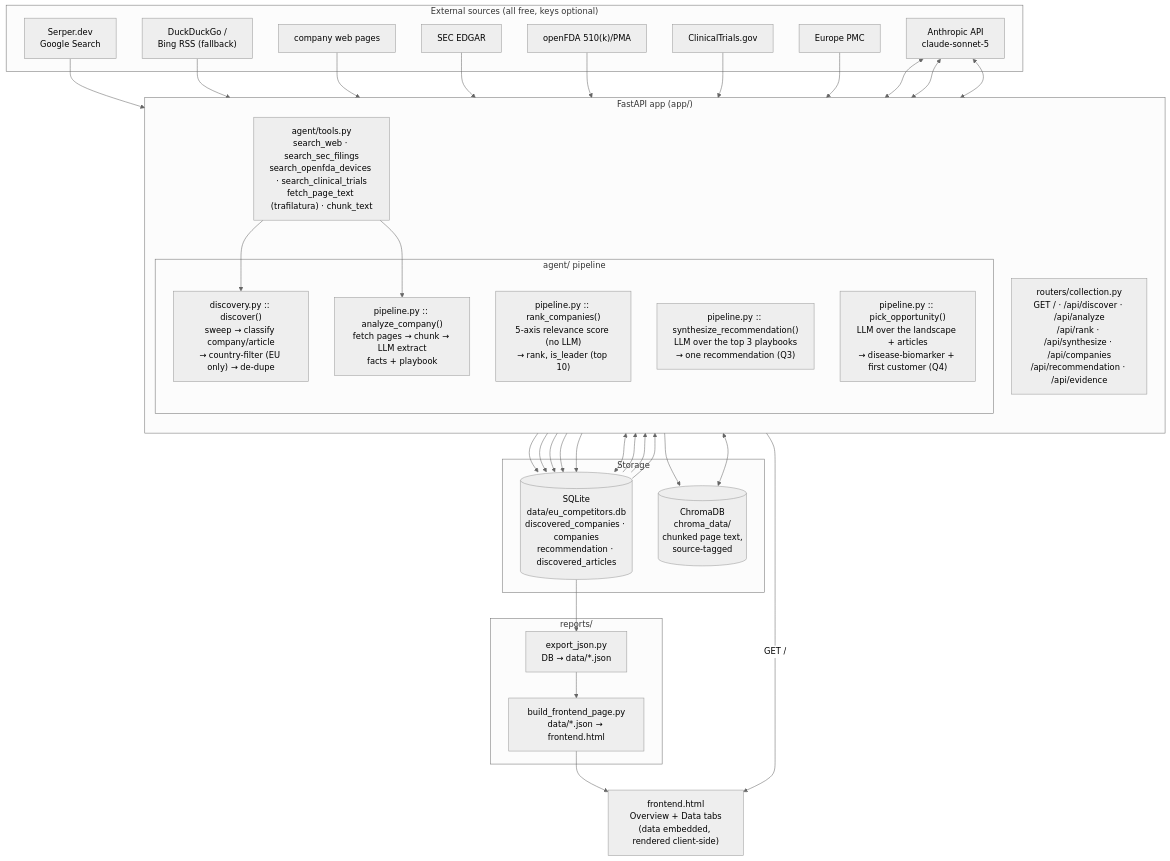
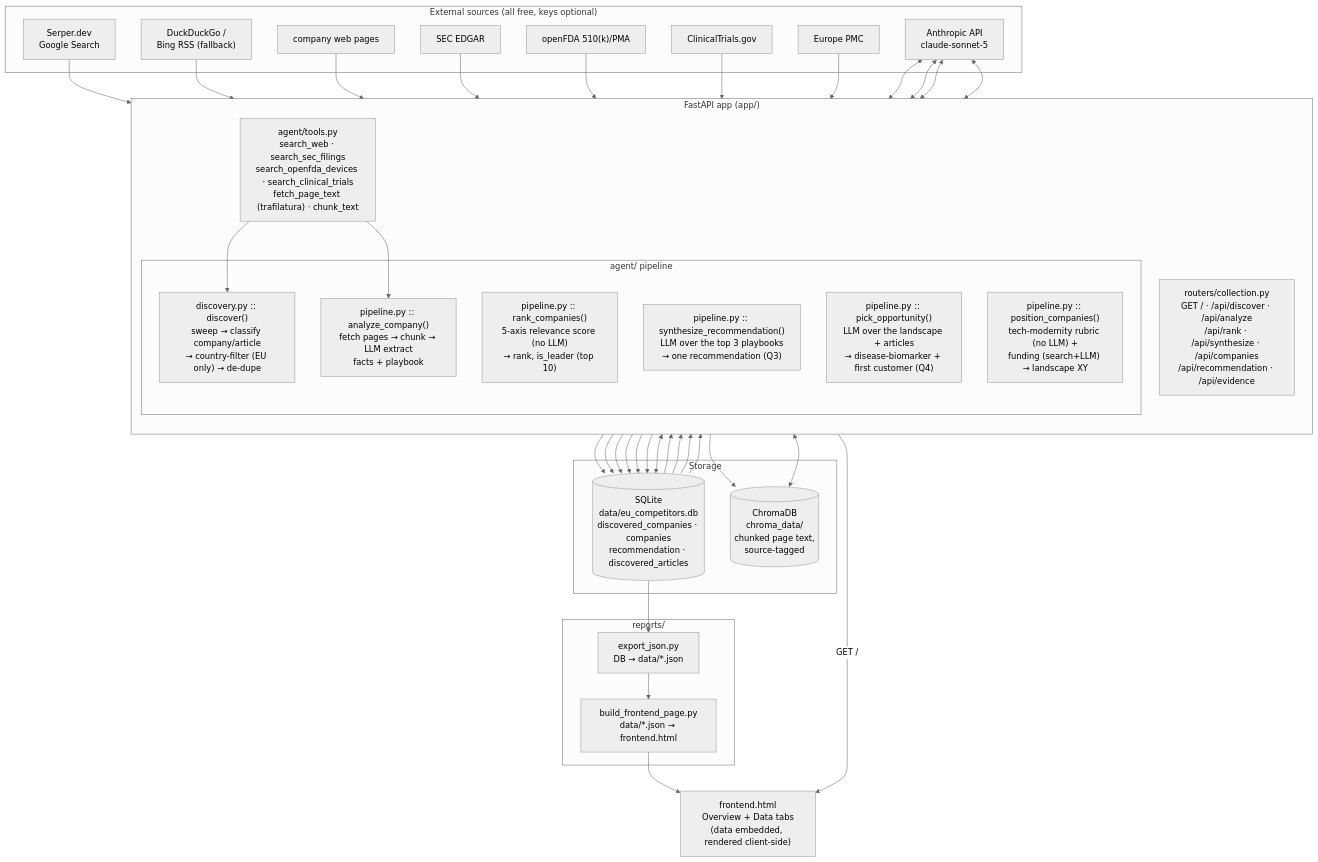
Before and after one commit to giabaow/Proteins: the diagram in README.md, drawn with Mermaid (neutral theme). The commit also changed other lines of this file and 9 other files, not shown here.

````diff
--- a/README.md
+++ b/README.md
@@ -25,58 +25,61 @@
 ```mermaid
 flowchart TB
     subgraph EXT["External sources (all free, keys optional)"]
         SERP["Serper.dev<br/>Google Search"]
         DDG["DuckDuckGo /<br/>Bing RSS (fallback)"]
         SEC["SEC EDGAR"]
         FDA["openFDA 510(k)/PMA"]
         CT["ClinicalTrials.gov"]
         PMC["Europe PMC"]
         WEB["company web pages"]
         LLM["Anthropic API<br/>claude-sonnet-5"]
     end
 
     subgraph APP["FastAPI app (app/)"]
         direction TB
         TOOLS["agent/tools.py<br/>search_web · search_sec_filings<br/>search_openfda_devices · search_clinical_trials<br/>fetch_page_text (trafilatura) · chunk_text"]
 
         subgraph PIPE["agent/ pipeline"]
             DISC["discovery.py :: discover()<br/>sweep → classify company/article<br/>→ country-filter (EU only) → de-dupe"]
             ANA["pipeline.py :: analyze_company()<br/>fetch pages → chunk → LLM extract<br/>facts + playbook"]
             RANK["pipeline.py :: rank_companies()<br/>5-axis relevance score (no LLM)<br/>→ rank, is_leader (top 10)"]
             SYN["pipeline.py :: synthesize_recommendation()<br/>LLM over the top 3 playbooks<br/>→ one recommendation (Q3)"]
             OPP["pipeline.py :: pick_opportunity()<br/>LLM over the landscape + articles<br/>→ disease-biomarker + first customer (Q4)"]
+            POS["pipeline.py :: position_companies()<br/>tech-modernity rubric (no LLM) +<br/>funding (search+LLM) → landscape XY"]
         end
 
         ROUT["routers/collection.py<br/>GET / · /api/discover · /api/analyze<br/>/api/rank · /api/synthesize · /api/companies<br/>/api/recommendation · /api/evidence"]
     end
 
     subgraph STORE["Storage"]
         SQL[("SQLite<br/>data/eu_competitors.db<br/>discovered_companies · companies<br/>recommendation · discovered_articles")]
         CHR[("ChromaDB<br/>chroma_data/<br/>chunked page text,<br/>source-tagged")]
     end
 
     subgraph REP["reports/"]
         EXP["export_json.py<br/>DB → data/*.json"]
         BUILD["build_frontend_page.py<br/>data/*.json → frontend.html"]
     end
 
     FE["frontend.html<br/>Overview + Data tabs<br/>(data embedded, rendered client-side)"]
 
     SERP & DDG --> TOOLS
     WEB --> TOOLS
     SEC & FDA & CT & PMC --> TOOLS
     TOOLS --> DISC --> SQL
     TOOLS --> ANA
     LLM <--> ANA
     LLM <--> SYN
     ANA --> SQL
     ANA --> CHR
     SQL --> RANK --> SQL
     SQL --> SYN --> SQL
     SQL --> OPP --> SQL
+    SQL --> POS --> SQL
     LLM <--> OPP
+    LLM <--> POS
     ROUT <--> SQL
     ROUT <--> CHR
     SQL --> EXP --> BUILD --> FE
     ROUT -->|"GET /"| FE
 ```
````
